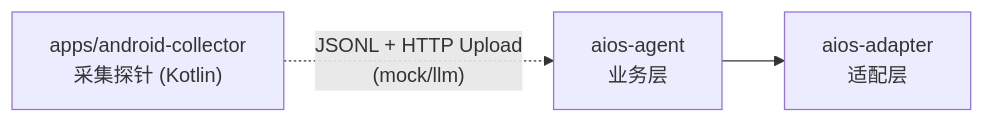
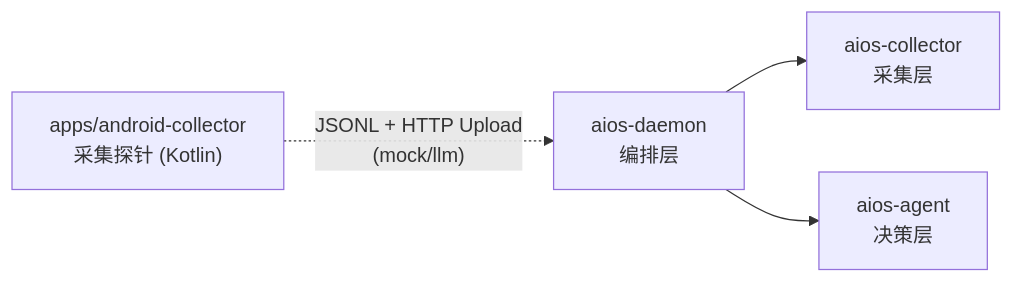
The second of 12 diagrams in docs/slides/midterm/slides.md (114August514/DiPECS), drawn with Mermaid before and after one commit. The commit also changed other lines of this file and 22 other files, not shown here.

````diff
--- a/docs/slides/midterm/slides.md
+++ b/docs/slides/midterm/slides.md
@@ -444,9 +446,11 @@
 ```mermaid {scale: 0.58}
 graph LR
     L6["apps/android-collector<br/>采集探针 (Kotlin)"]
-    L5["aios-agent<br/>业务层"]
-    L4["aios-adapter<br/>适配层"]
+    L5["aios-daemon<br/>编排层"]
+    L5A["aios-agent<br/>决策层"]
+    L4["aios-collector<br/>采集层"]
 
     L6 -.->|"JSONL + HTTP Upload<br/>(mock/llm)"| L5
     L5 --> L4
+    L5 --> L5A
 ```
````
